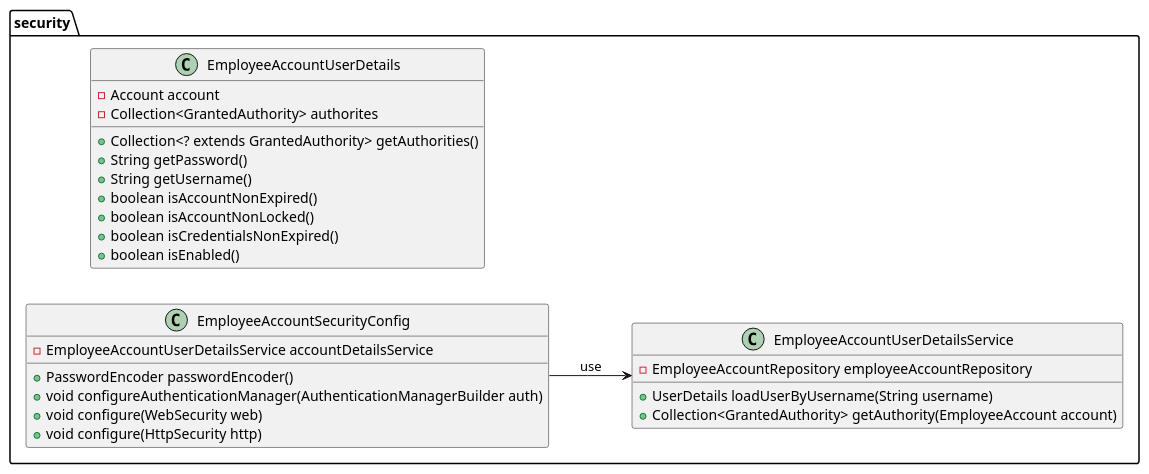
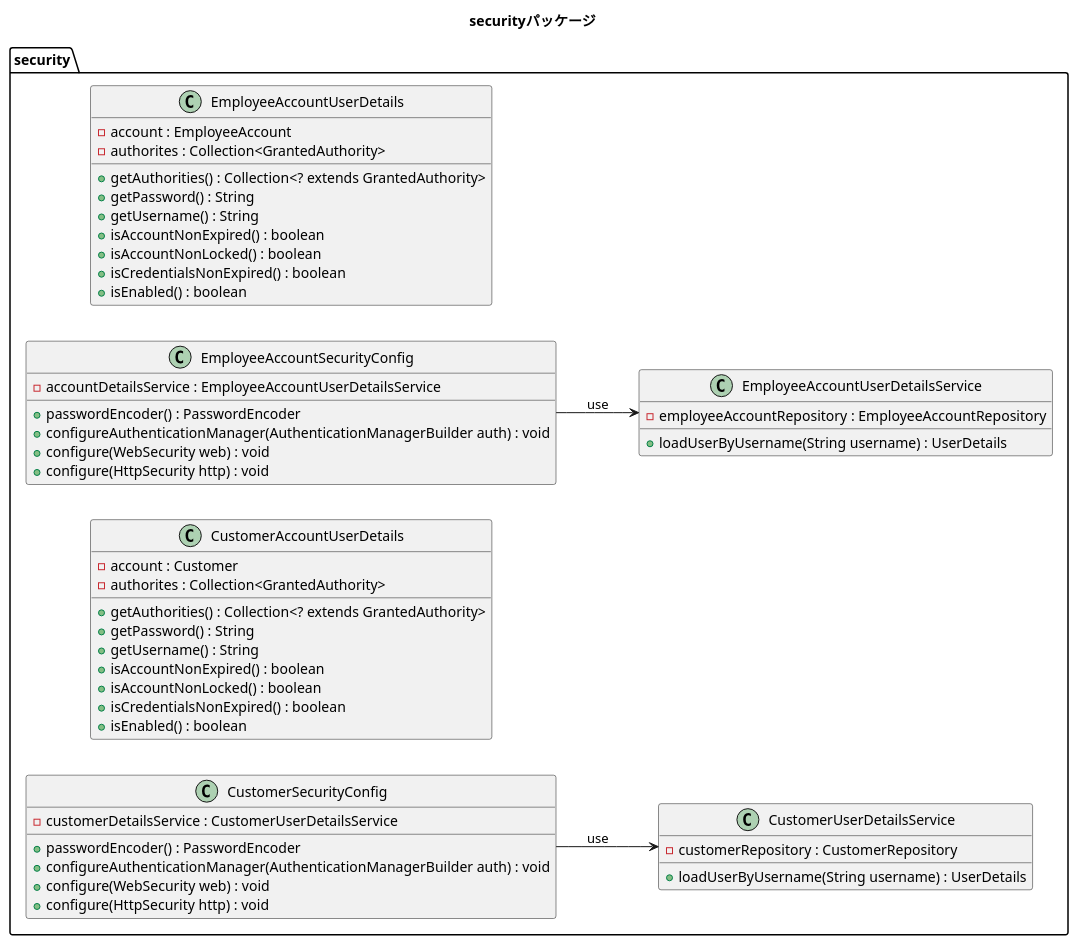
Before and after one commit to imagepit/fullness-ec: the diagram in plan/diagram/class/package_security.puml, drawn with PlantUML. The commit also changed 89 other files, not shown here.

```diff
--- a/plan/diagram/class/package_security.puml
+++ b/plan/diagram/class/package_security.puml
@@ -1,34 +1,57 @@
 @startuml
 
-skinparam shadowing false
-hide empty methods
-hide empty fields
+title securityパッケージ
 left to right direction
 
 package security{
     class EmployeeAccountUserDetails{
-        - Account account
-        - Collection<GrantedAuthority> authorites
-        + Collection<? extends GrantedAuthority> getAuthorities()
-        + String getPassword()
-        + String getUsername()
-        + boolean isAccountNonExpired()
-        + boolean isAccountNonLocked()
-        + boolean isCredentialsNonExpired()
-        + boolean isEnabled()
+        - account : EmployeeAccount
+        - authorites : Collection<GrantedAuthority>
+        + getAuthorities() : Collection<? extends GrantedAuthority>
+        + getPassword() : String
+        + getUsername() : String
+        + isAccountNonExpired() : boolean
+        + isAccountNonLocked() : boolean
+        + isCredentialsNonExpired() : boolean
+        + isEnabled() : boolean
     }
     class EmployeeAccountUserDetailsService{
-        - EmployeeAccountRepository employeeAccountRepository
-        + UserDetails loadUserByUsername(String username)
-        + Collection<GrantedAuthority> getAuthority(EmployeeAccount account)
+        - employeeAccountRepository : EmployeeAccountRepository
+        + loadUserByUsername(String username) : UserDetails
+'        + getAuthority(EmployeeAccount account) : Collection<GrantedAuthority>
     }
     class EmployeeAccountSecurityConfig{
-        - EmployeeAccountUserDetailsService accountDetailsService
-        + PasswordEncoder passwordEncoder()
-        + void configureAuthenticationManager(AuthenticationManagerBuilder auth)
-        + void configure(WebSecurity web)
-        + void configure(HttpSecurity http)
+        - accountDetailsService : EmployeeAccountUserDetailsService
+        + passwordEncoder() : PasswordEncoder
+        + configureAuthenticationManager(AuthenticationManagerBuilder auth) : void
+        + configure(WebSecurity web) : void
+        + configure(HttpSecurity http) : void
+    }
+    class CustomerAccountUserDetails{
+        - account : Customer
+        - authorites : Collection<GrantedAuthority>
+        + getAuthorities() : Collection<? extends GrantedAuthority>
+        + getPassword() : String
+        + getUsername() : String
+        + isAccountNonExpired() : boolean
+        + isAccountNonLocked() : boolean
+        + isCredentialsNonExpired() : boolean
+        + isEnabled() : boolean
+    }
+    class CustomerUserDetailsService{
+        - customerRepository : CustomerRepository
+        + loadUserByUsername(String username) : UserDetails
+'        + getAuthority(EmployeeAccount account) : Collection<GrantedAuthority>
+    }
+    class CustomerSecurityConfig{
+        - customerDetailsService : CustomerUserDetailsService
+        + passwordEncoder() : PasswordEncoder
+        + configureAuthenticationManager(AuthenticationManagerBuilder auth) : void
+        + configure(WebSecurity web) : void
+        + configure(HttpSecurity http) : void
     }
 }
 EmployeeAccountSecurityConfig --> EmployeeAccountUserDetailsService :use
+CustomerSecurityConfig --> CustomerUserDetailsService :use
+
 @enduml
```
